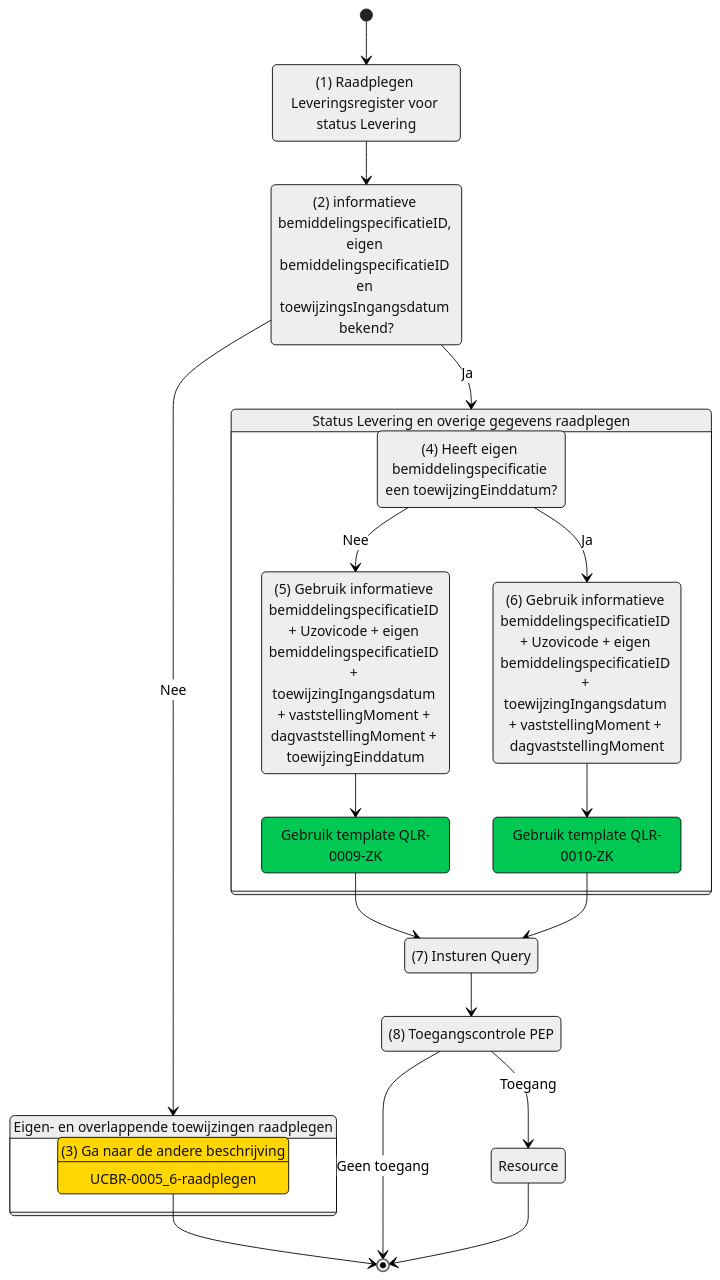
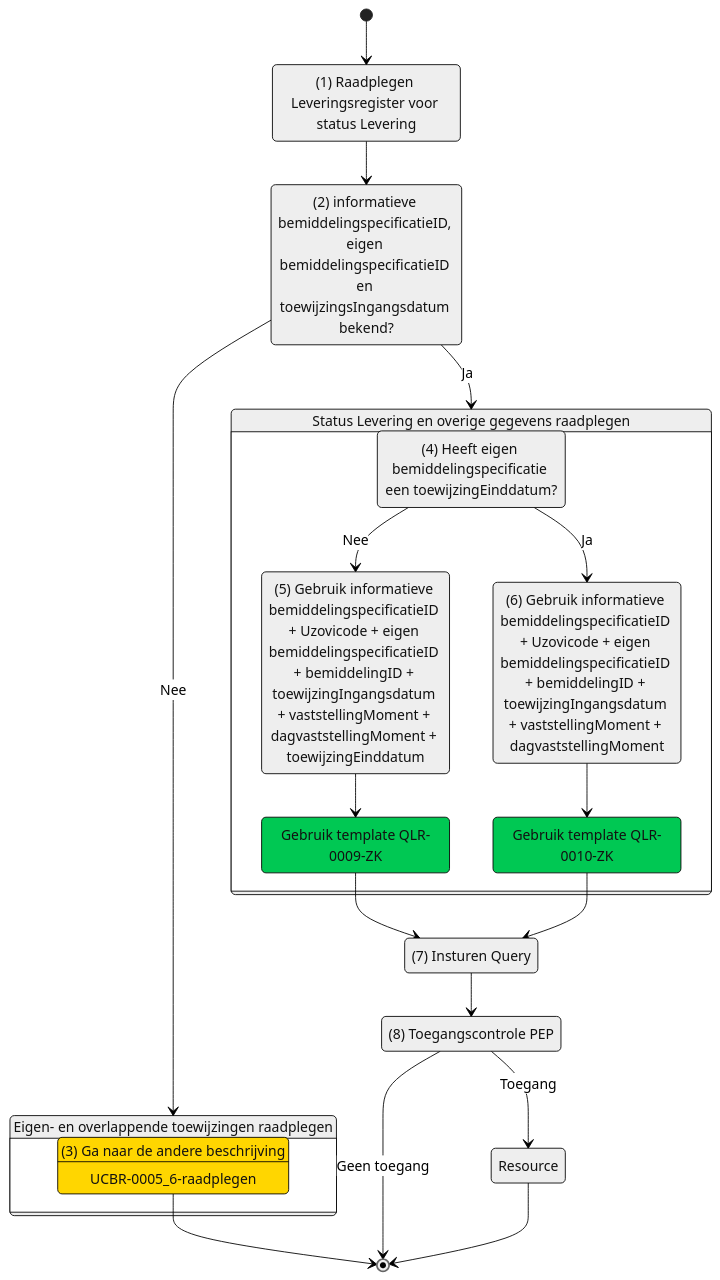
The second of 2 diagrams in raadplegen/zorgkantoor/UCLR-0009_10-raadplegen.md (iStandaarden/iWlz-levering), drawn with Mermaid before and after one commit. The commit also changed other lines of this file and 1 other file, not shown here.

Commit message:
UCLR-0001-ZA aangepast

````diff
--- a/raadplegen/zorgkantoor/UCLR-0009_10-raadplegen.md
+++ b/raadplegen/zorgkantoor/UCLR-0009_10-raadplegen.md
@@ -59,53 +59,53 @@
 ```mermaid
 ---
 config:
   theme: neutral
   look: classic
 ---
 stateDiagram
   direction TB
   state s4 {
     direction TB
     s4_1
   }
   state s6 {
     direction TB
     s6_1 --> s9:Nee
     s6_1 --> s10:Ja
     s9 --> s11
     s10 --> s12
     s6_1
     s9
     s10
     s11
     s12
   }
   s1 --> s2
   s2 --> s4:Nee
   [*] --> s1
   s4_1 --> [*]
   s2 --> s6:Ja
   s11 --> s13
   s12 --> s13
   s13 --> s14
   s14 --> s15:Toegang
   s14 --> [*]:Geen toegang
   s15 --> [*]
     s4:Eigen- en overlappende toewijzingen raadplegen
   s4_1:(3) Ga naar de andere beschrijving
 s4_1:UCBR-0005_6-raadplegen
 
   s6:Status Levering en overige gegevens raadplegen
   s6_1:(4) Heeft eigen bemiddelingspecificatie een toewijzingEinddatum?
-  s9:(5) Gebruik informatieve bemiddelingspecificatieID + Uzovicode + eigen bemiddelingspecificatieID + toewijzingIngangsdatum + vaststellingMoment + dagvaststellingMoment + toewijzingEinddatum
-  s10:(6) Gebruik informatieve bemiddelingspecificatieID + Uzovicode + eigen bemiddelingspecificatieID + toewijzingIngangsdatum + vaststellingMoment + dagvaststellingMoment 
+  s9:(5) Gebruik informatieve bemiddelingspecificatieID + Uzovicode + eigen bemiddelingspecificatieID + bemiddelingID + toewijzingIngangsdatum + vaststellingMoment + dagvaststellingMoment + toewijzingEinddatum
+  s10:(6) Gebruik informatieve bemiddelingspecificatieID + Uzovicode + eigen bemiddelingspecificatieID + bemiddelingID + toewijzingIngangsdatum + vaststellingMoment + dagvaststellingMoment 
   s11:Gebruik template QLR-0009-ZK
   s12:Gebruik template QLR-0010-ZK
   s1:(1) Raadplegen Leveringsregister voor status Levering
   s2:(2) informatieve bemiddelingspecificatieID, <br>eigen bemiddelingspecificatieID <br>en toewijzingsIngangsdatum bekend?
   s13:(7) Insturen Query
   s14:(8) Toegangscontrole PEP
   s15:Resource
   style s4_1 fill:#FFD600
   style s11,s12 fill:#00C853
 ```
````
